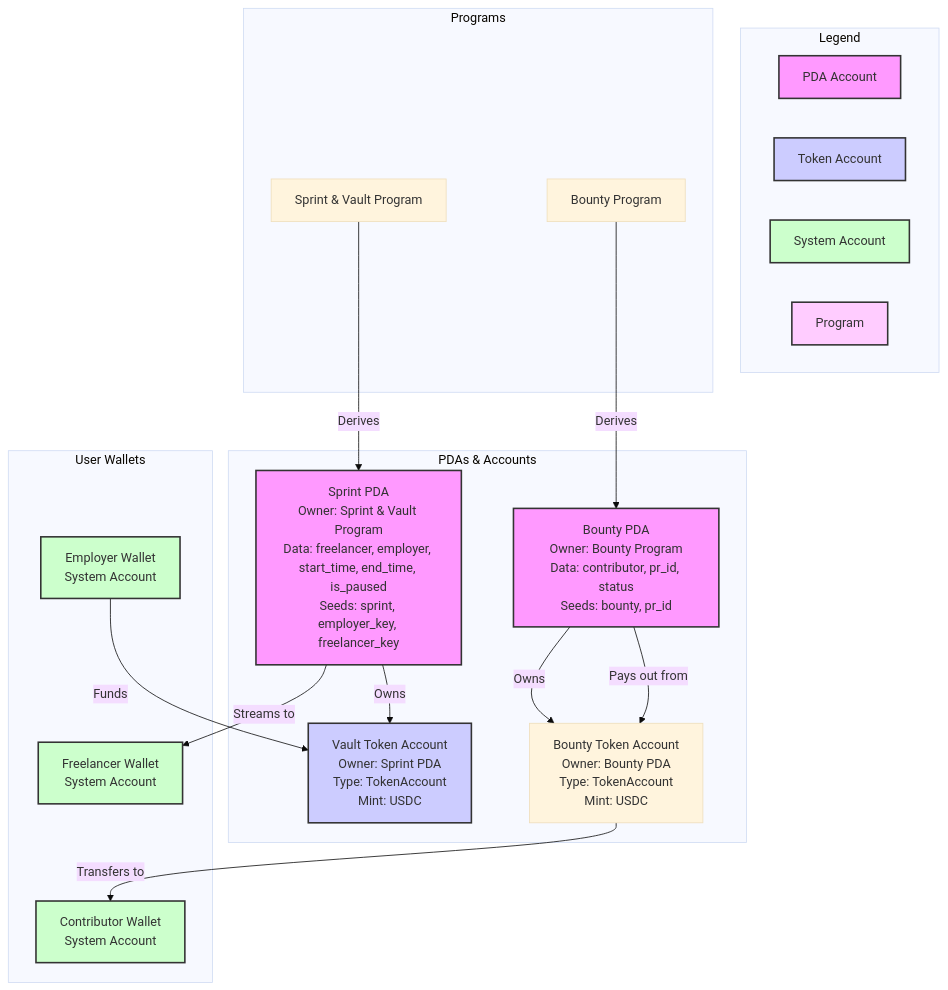
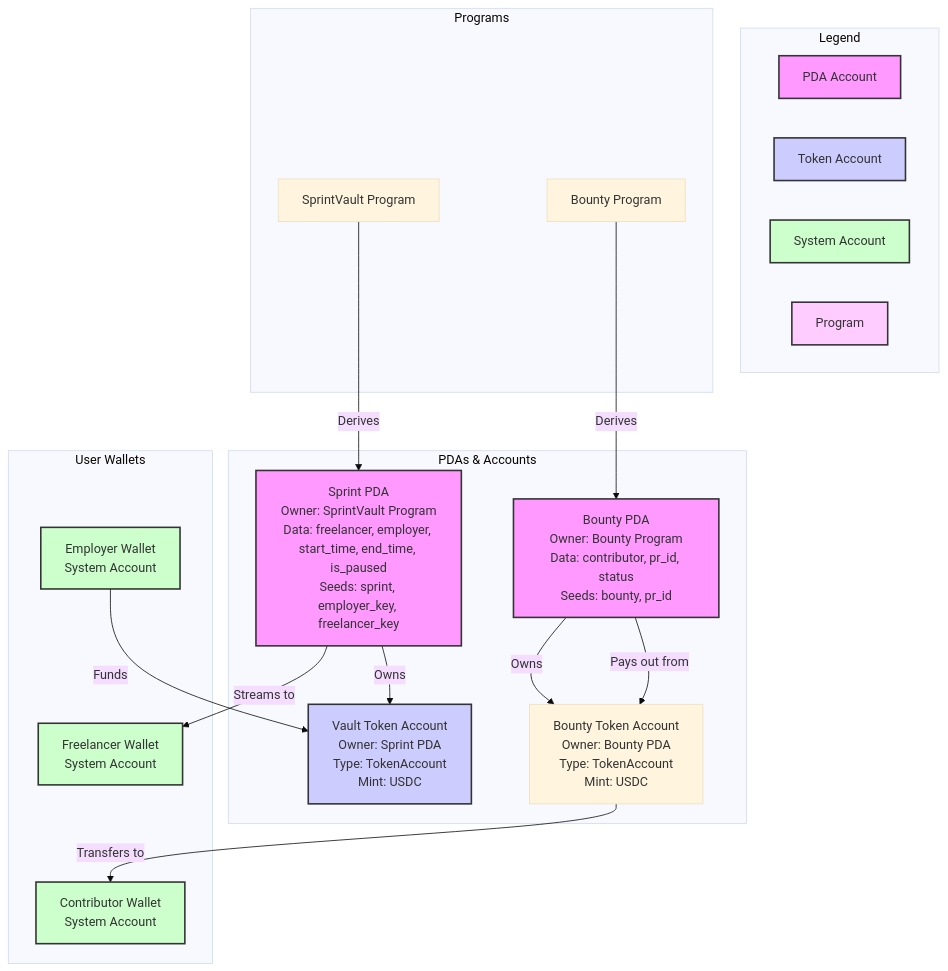
Before and after one commit to solana-turbin3/Q3_25_Builder_AQuental: the second of 4 diagrams in capstone/Q32025-3-Architecture.md, drawn with Mermaid (base theme). The commit also changed other lines of this file, not shown here.

Commit message:
Update SprintVault reference

````diff
--- a/capstone/Q32025-3-Architecture.md
+++ b/capstone/Q32025-3-Architecture.md
@@ -140,53 +140,53 @@
 ```mermaid
 graph TD
     subgraph Legend
         direction LR
         L_PDA[PDA Account]
         L_TA[Token Account]
         L_SA[System Account]
         L_P[Program]
     end
 
     subgraph Programs
-        P1[Sprint & Vault Program]
+        P1[SprintVault Program]
         P2[Bounty Program]
     end
 
     subgraph PDAs & Accounts
-        PDA_S["Sprint PDA<br>Owner: Sprint & Vault Program<br>Data: freelancer, employer, start_time, end_time, is_paused<br>Seeds: sprint, employer_key, freelancer_key"]
+        PDA_S["Sprint PDA<br>Owner: SprintVault Program<br>Data: freelancer, employer, start_time, end_time, is_paused<br>Seeds: sprint, employer_key, freelancer_key"]
         PDA_B["Bounty PDA<br>Owner: Bounty Program<br>Data: contributor, pr_id, status<br>Seeds: bounty, pr_id"]
         TA_V["Vault Token Account<br>Owner: Sprint PDA<br>Type: TokenAccount<br>Mint: USDC"]
         TA_B["Bounty Token Account<br>Owner: Bounty PDA<br>Type: TokenAccount<br>Mint: USDC"]
     end
 
     subgraph User Wallets
         U_E[Employer Wallet<br>System Account]
         U_F[Freelancer Wallet<br>System Account]
         U_C[Contributor Wallet<br>System Account]
     end
 
     %% Relationships
     P1 -- "Derives" --> PDA_S
     P2 -- "Derives" --> PDA_B
     PDA_S -- "Owns" --> TA_V
     PDA_B -- "Owns" --> TA_B
 
     U_E -- "Funds" --> TA_V
     PDA_S -- "Streams to" --> U_F
     PDA_B -- "Pays out from" --> TA_B
     TA_B -- "Transfers to" --> U_C
 
     %% Styling
     style L_PDA fill:#f9f,stroke:#333,stroke-width:2px
     style L_TA fill:#ccf,stroke:#333,stroke-width:2px
     style L_SA fill:#cfc,stroke:#333,stroke-width:2px
     style L_P fill:#fcf,stroke:#333,stroke-width:2px
 
     style PDA_S fill:#f9f,stroke:#333,stroke-width:2px
     style PDA_B fill:#f9f,stroke:#333,stroke-width:2px
     style TA_V fill:#ccf,stroke:#333,stroke-width:2px
 
     style U_E fill:#cfc,stroke:#333,stroke-width:2px
     style U_F fill:#cfc,stroke:#333,stroke-width:2px
     style U_C fill:#cfc,stroke:#333,stroke-width:2px
 ```
````
